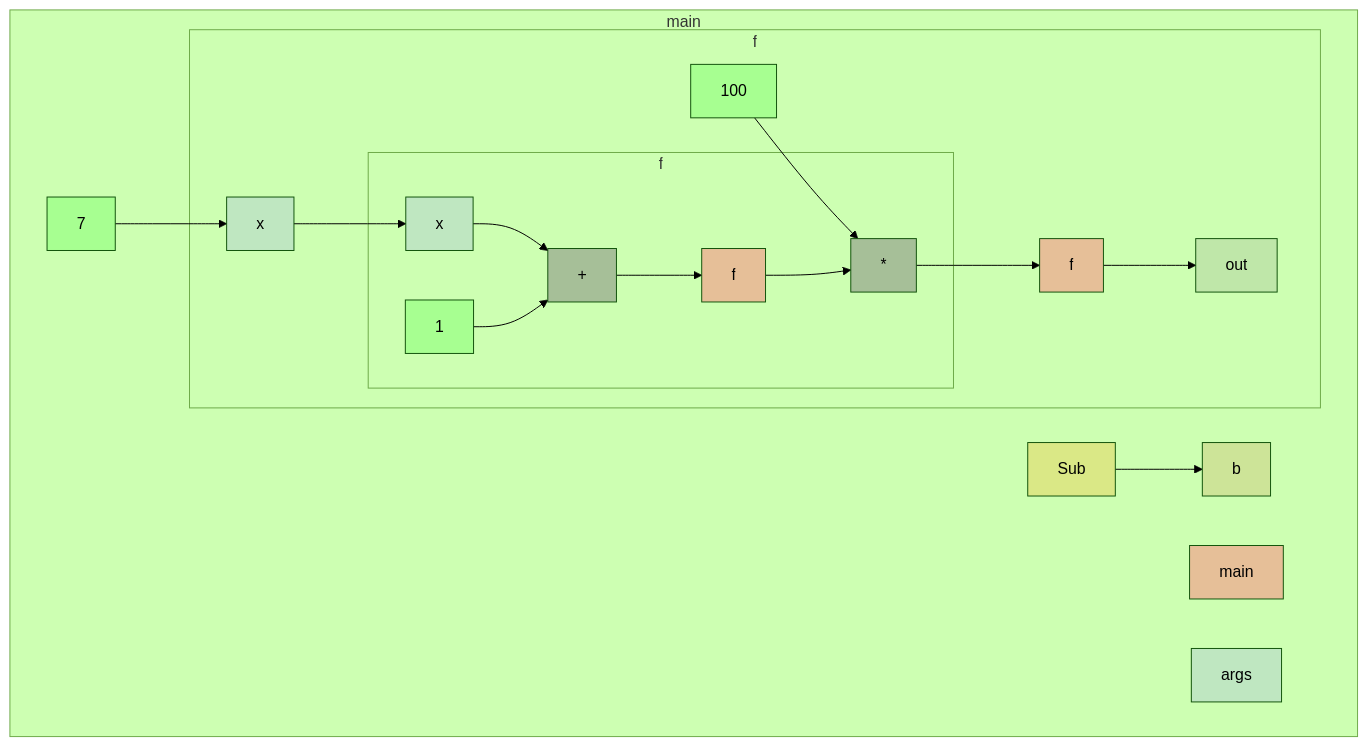
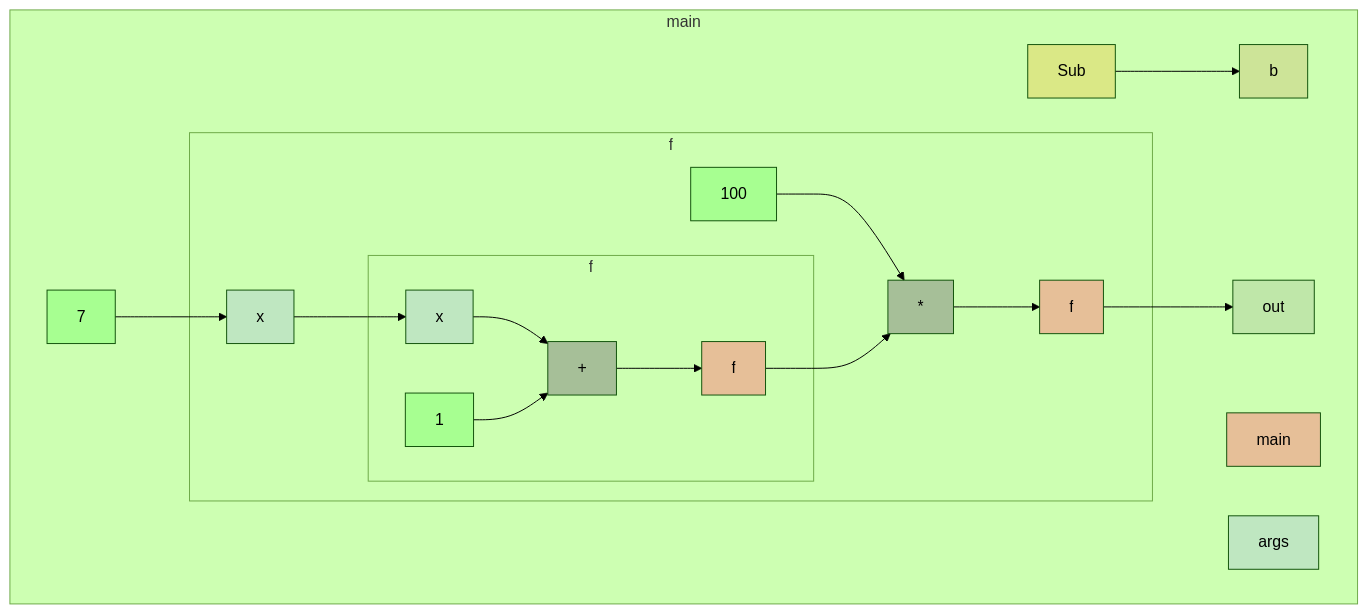
One commit to gstiebler/codeflow changed the diagram in app/src/test/resources/overriddenSuper/truth.md. Above: the diagram before and after it, drawn with Mermaid (forest theme). The commit also changed 34 other files, not shown here.

````diff
--- a/app/src/test/resources/overriddenSuper/truth.md
+++ b/app/src/test/resources/overriddenSuper/truth.md
@@ -1,40 +1,40 @@
 ```mermaid
 flowchart TD
   subgraph b0["main"]
     n1[main]:::RETURN
     n2[args]:::FUNC_PARAM
     n3[Sub]:::EXTERNAL
     n4[b]:::OBJ_VARIABLE
     n5[7]:::LITERAL
     n16[out]:::VARIABLE
     n3[Sub]:::EXTERNAL --> n4[b]:::OBJ_VARIABLE
     n5[7]:::LITERAL --> n8[x]:::FUNC_PARAM
+    n7[f]:::RETURN --> n16[out]:::VARIABLE
     subgraph b6["f"]
       n7[f]:::RETURN
       n8[x]:::FUNC_PARAM
       n14[100]:::LITERAL
       n15[*]:::BIN_OP
-      n7[f]:::RETURN --> n16[out]:::VARIABLE
       n8[x]:::FUNC_PARAM --> n11[x]:::FUNC_PARAM
       n14[100]:::LITERAL --> n15[*]:::BIN_OP
       n15[*]:::BIN_OP --> n7[f]:::RETURN
+      n10[f]:::RETURN --> n15[*]:::BIN_OP
       subgraph b9["f"]
         n10[f]:::RETURN
         n11[x]:::FUNC_PARAM
         n12[1]:::LITERAL
         n13[+]:::BIN_OP
-        n10[f]:::RETURN --> n15[*]:::BIN_OP
         n11[x]:::FUNC_PARAM --> n13[+]:::BIN_OP
         n12[1]:::LITERAL --> n13[+]:::BIN_OP
         n13[+]:::BIN_OP --> n10[f]:::RETURN
       end
     end
   end
   classDef LITERAL fill:#00FF0030
   classDef VARIABLE fill:#80808030
   classDef BIN_OP fill:#80808080
   classDef FUNC_PARAM fill:#8080FF30
   classDef RETURN fill:#FF808080
   classDef EXTERNAL fill:#FFA50040
   classDef UNMODELLED fill:#FF000030,stroke-dasharray: 4 2
 ```
````
